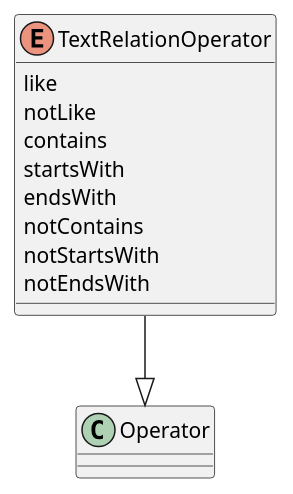
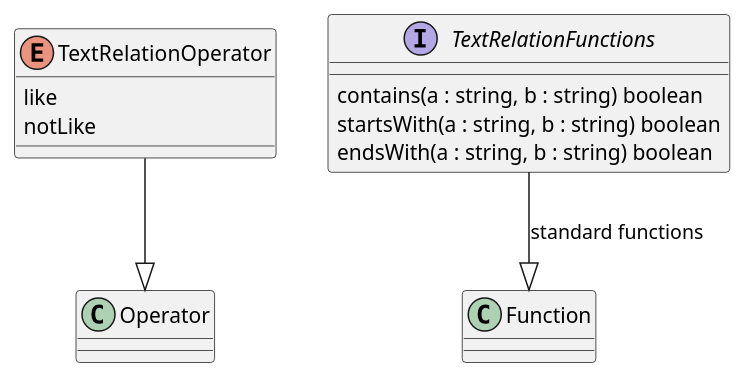
The second of 2 diagrams in 1-core/sections/clause_14_operations.adoc (opengeospatial/cartographic-symbology), drawn with PlantUML before and after one commit. The commit also changed other lines of this file and 16 other files, not shown here.

```diff
--- a/1-core/sections/clause_14_operations.adoc
+++ b/1-core/sections/clause_14_operations.adoc
@@ -49,15 +49,14 @@
 [plantuml, target=diagram-classes, format=png]
 ....
 @startuml
 enum TextRelationOperator
 TextRelationOperator --|> Operator
 TextRelationOperator : like
 TextRelationOperator : notLike
-TextRelationOperator : contains
-TextRelationOperator : startsWith
-TextRelationOperator : endsWith
-TextRelationOperator : notContains
-TextRelationOperator : notStartsWith
-TextRelationOperator : notEndsWith
+interface TextRelationFunctions
+TextRelationFunctions --|> Function : standard functions
+TextRelationFunctions : contains(a : string, b : string) boolean
+TextRelationFunctions : startsWith(a : string, b : string) boolean
+TextRelationFunctions : endsWith(a : string, b : string) boolean
 @enduml
 ....
```
